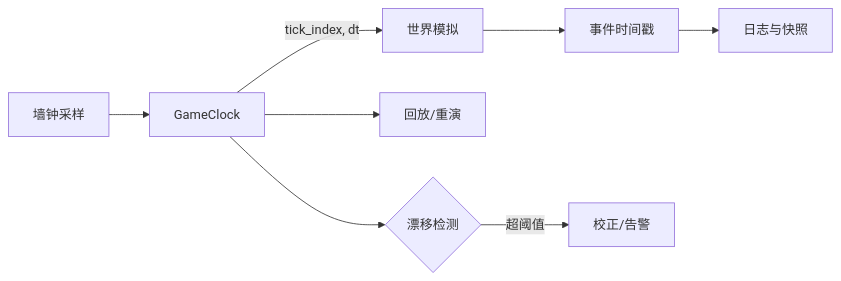
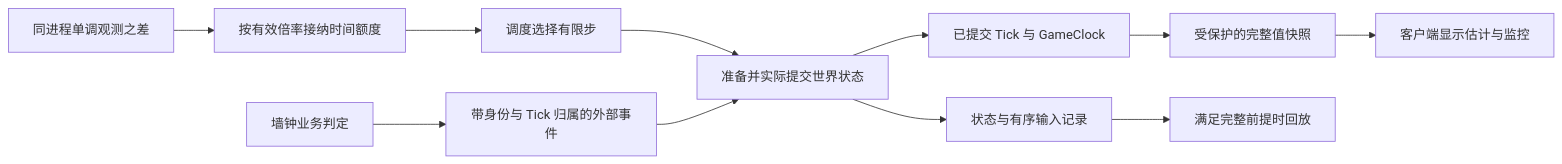
One commit to fantuan812/learning changed the diagram in 知识/07-网络与游戏服务端/运行调度与过载保护/12-世界时间确定性与GameClock.md. Above: the diagram before and after it, drawn with Mermaid. The commit also changed other lines of this file and 1 other file, not shown here.

````diff
--- a/知识/07-网络与游戏服务端/运行调度与过载保护/12-世界时间确定性与GameClock.md
+++ b/知识/07-网络与游戏服务端/运行调度与过载保护/12-世界时间确定性与GameClock.md
@@ -318,10 +43,13 @@
 ```mermaid
 flowchart LR
-    W[墙钟采样] --> C[GameClock]
-    C -->|tick_index, dt| S[世界模拟]
-    C --> R[回放/重演]
-    S --> E[事件时间戳]
-    E --> L[日志与快照]
-    C --> D{漂移检测}
-    D -- 超阈值 --> X[校正/告警]
+    M[同进程单调观测之差] --> A[按有效倍率接纳时间额度]
+    A --> T[调度选择有限步]
+    T --> S[准备并实际提交世界状态]
+    S --> C[已提交 Tick 与 GameClock]
+    C --> V[受保护的完整值快照]
+    V --> D[客户端显示估计与监控]
+    W[墙钟业务判定] --> I[带身份与 Tick 归属的外部事件]
+    I --> S
+    S --> R[状态与有序输入记录]
+    R --> P[满足完整前提时回放]
 ```
````
